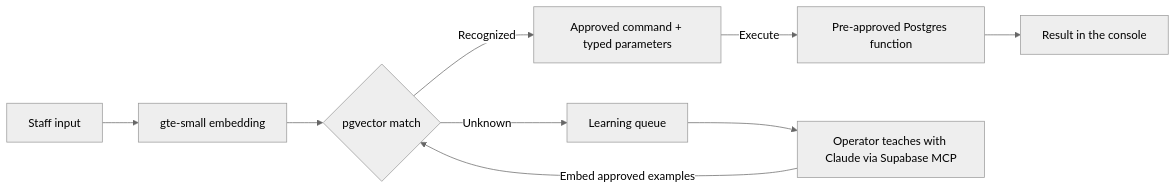
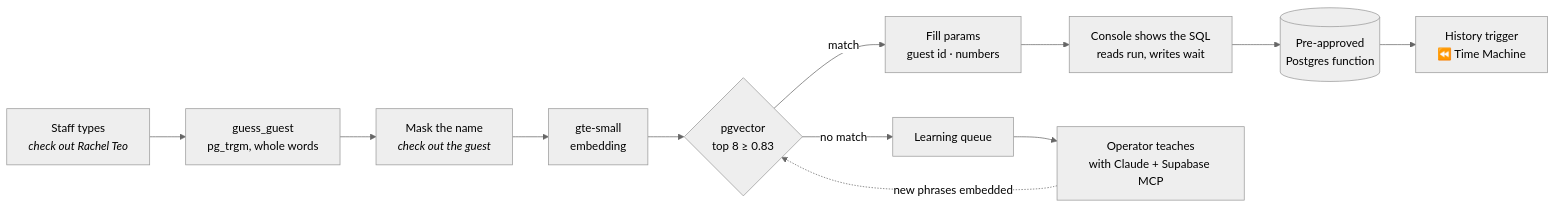
One commit to Chi944/Backstage changed the diagram in README.md. Above: the diagram before and after it, drawn with Mermaid (neutral theme). The commit also changed other lines of this file and 8 other files, not shown here.

First line of the commit message:
Fix wrong-command and wrong-guest matches; professional README

````diff
--- a/README.md
+++ b/README.md
@@ -7,11 +61,14 @@
 ```mermaid
 flowchart LR
-    I["Staff input"] --> E["gte-small embedding"]
-    E --> M{"pgvector match"}
-    M -->|Recognized| P["Approved command + typed parameters"]
-    P -->|Execute| F["Pre-approved Postgres function"]
-    F --> R["Result in the console"]
-    M -->|Unknown| Q["Learning queue"]
-    Q --> T["Operator teaches with Claude via Supabase MCP"]
-    T -->|Embed approved examples| M
+    U["Staff types<br/><i>check out Rachel Teo</i>"] --> G["guess_guest<br/>pg_trgm, whole words"]
+    G --> K["Mask the name<br/><i>check out the guest</i>"]
+    K --> E["gte-small<br/>embedding"]
+    E --> V{"pgvector<br/>top 8 ≥ 0.83"}
+    V -- match --> P["Fill params<br/>guest id · numbers"]
+    P --> C["Console shows the SQL<br/>reads run, writes wait"]
+    C --> F[("Pre-approved<br/>Postgres function")]
+    F --> H["History trigger<br/>⏪ Time Machine"]
+    V -- no match --> Q["Learning queue"]
+    Q --> T["Operator teaches<br/>with Claude + Supabase MCP"]
+    T -. new phrases embedded .-> V
 ```
````
